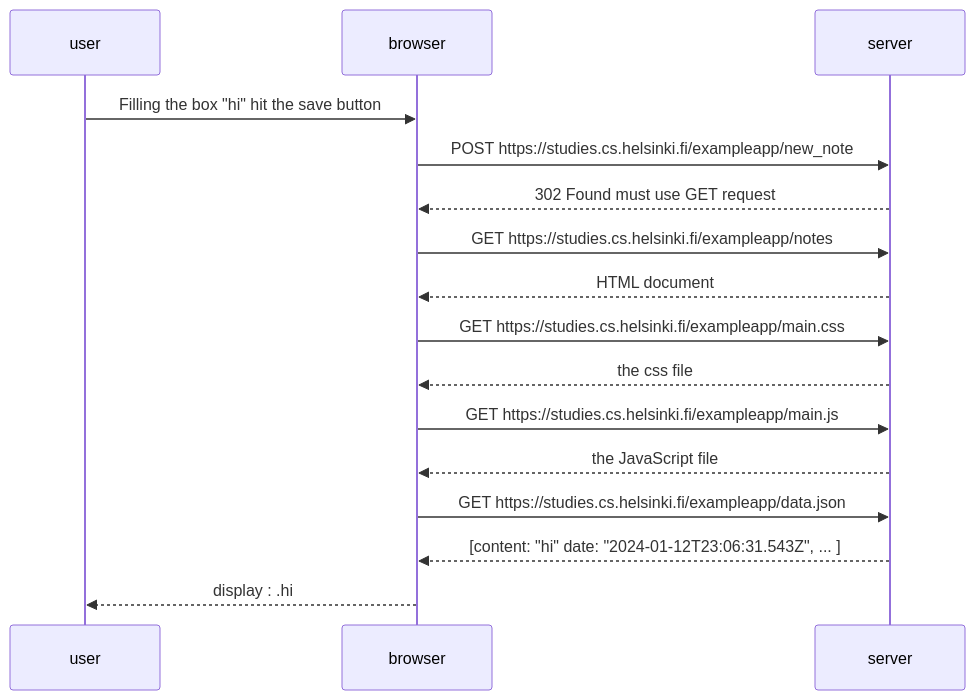
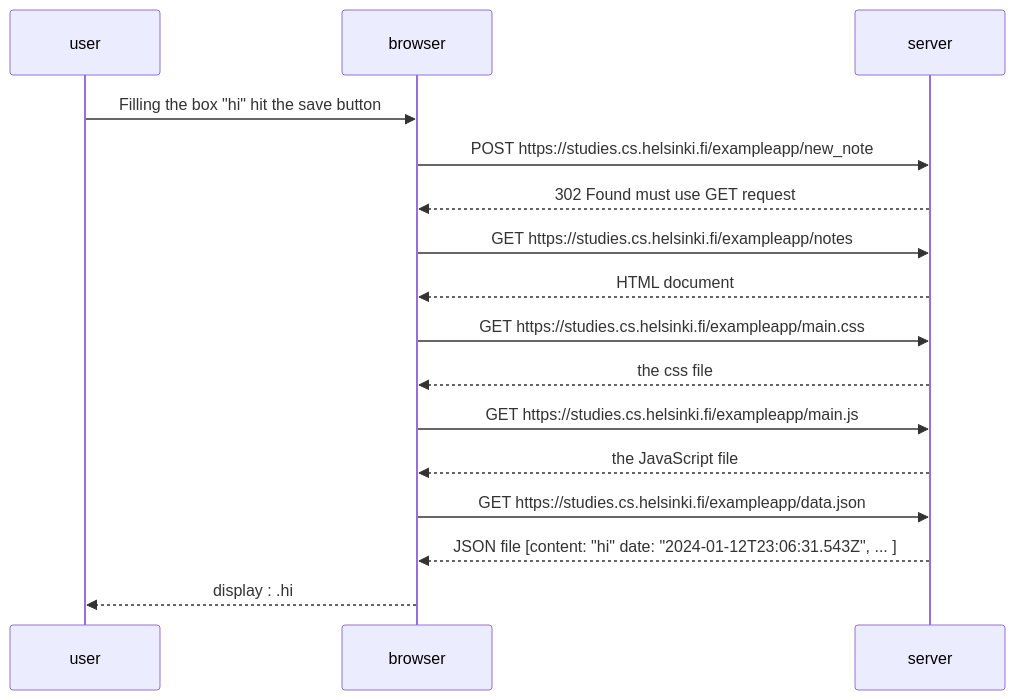
One commit to CheikhATGaye/FullStack changed the diagram in SequenceDiagram.md. Above: the diagram before and after it, drawn with Mermaid. The commit also changed 1 other file, not shown here.

````diff
--- a/SequenceDiagram.md
+++ b/SequenceDiagram.md
@@ -2,23 +2,23 @@
 ```mermaid
 sequenceDiagram
     participant user
     participant browser
     participant server
 
     user->>browser : Filling the box "hi" hit the save button
     browser->>server: POST https://studies.cs.helsinki.fi/exampleapp/new_note
     server-->>browser: 302 Found must use GET request
 
     browser->>server: GET https://studies.cs.helsinki.fi/exampleapp/notes
     server-->>browser: HTML document
 
     browser->>server: GET https://studies.cs.helsinki.fi/exampleapp/main.css
     server-->>browser: the css file
 
     browser->>server: GET https://studies.cs.helsinki.fi/exampleapp/main.js
     server-->>browser: the JavaScript file
 
     browser->>server: GET https://studies.cs.helsinki.fi/exampleapp/data.json
-    server-->>browser: [content: "hi" date: "2024-01-12T23:06:31.543Z", ... ]
+    server-->>browser: JSON file [content: "hi" date: "2024-01-12T23:06:31.543Z", ... ]
     browser-->>user: display : .hi
 ```
````
